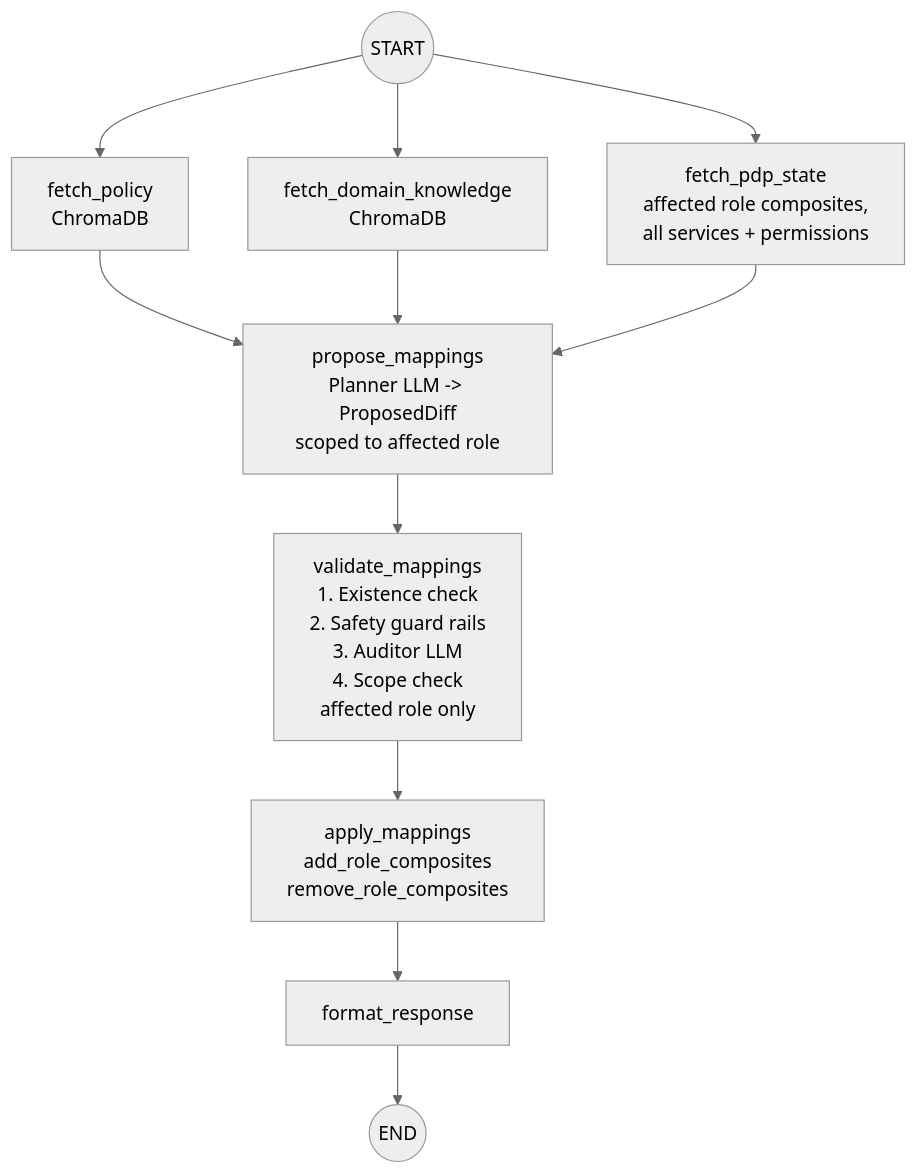
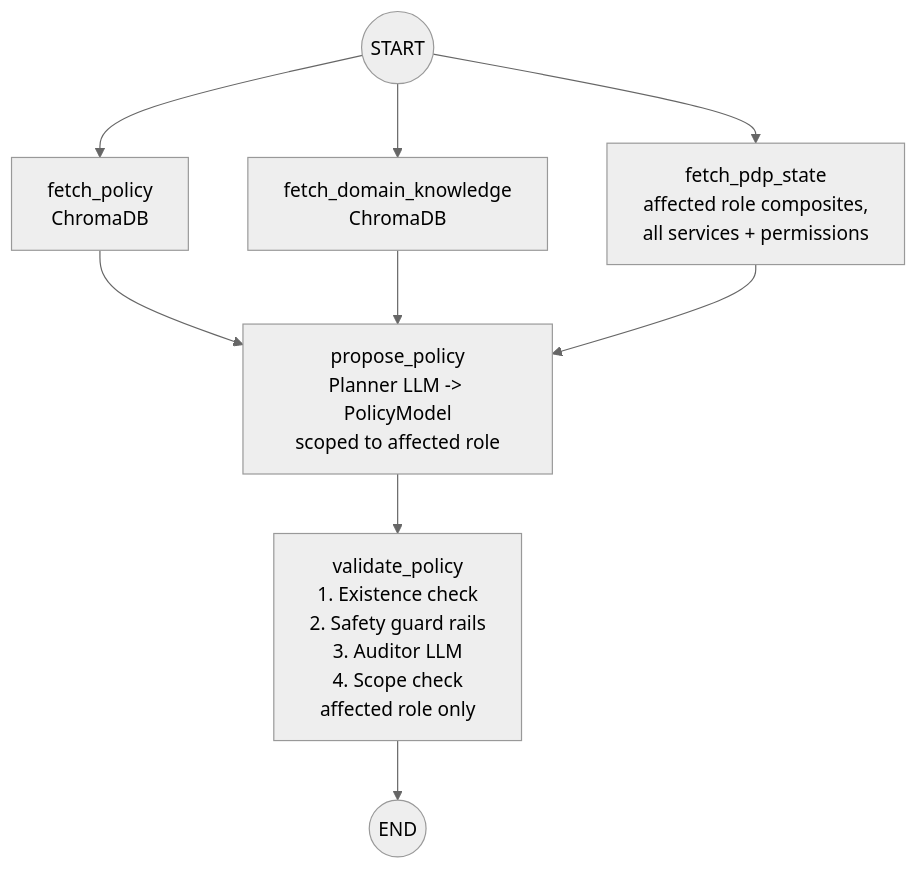
The second of 2 diagrams in inception/requirements/components/aiac-agent/uc3-role-update.md (rossoctl/aiac), drawn with Mermaid (neutral theme) before and after one commit. The commit also changed other lines of this file and 3 other files, not shown here.

First line of the commit message:
docs: Refactor PolicyApplyGraph and PolicyModel as shared across all UC orchestrators

````diff
--- a/inception/requirements/components/aiac-agent/uc3-role-update.md
+++ b/inception/requirements/components/aiac-agent/uc3-role-update.md
@@ -70,16 +76,14 @@
 ```mermaid
 flowchart TD
     START(("START"))
 
     START --> FP["fetch_policy\nChromaDB"]
     START --> FDK["fetch_domain_knowledge\nChromaDB"]
     START --> FKC["fetch_pdp_state\naffected role composites,\nall services + permissions"]
 
-    FP & FDK & FKC --> PROPOSE["propose_mappings\nPlanner LLM -> ProposedDiff\nscoped to affected role"]
+    FP & FDK & FKC --> PROPOSE["propose_policy\nPlanner LLM -> PolicyModel\nscoped to affected role"]
 
-    PROPOSE --> VALIDATE["validate_mappings\n1. Existence check\n2. Safety guard rails\n3. Auditor LLM\n4. Scope check\n   affected role only"]
+    PROPOSE --> VALIDATE["validate_policy\n1. Existence check\n2. Safety guard rails\n3. Auditor LLM\n4. Scope check\n   affected role only"]
 
-    VALIDATE --> APPLY["apply_mappings\nadd_role_composites\nremove_role_composites"]
-    APPLY --> FORMAT["format_response"]
-    FORMAT --> END(("END"))
+    VALIDATE --> END(("END"))
 ```
````
